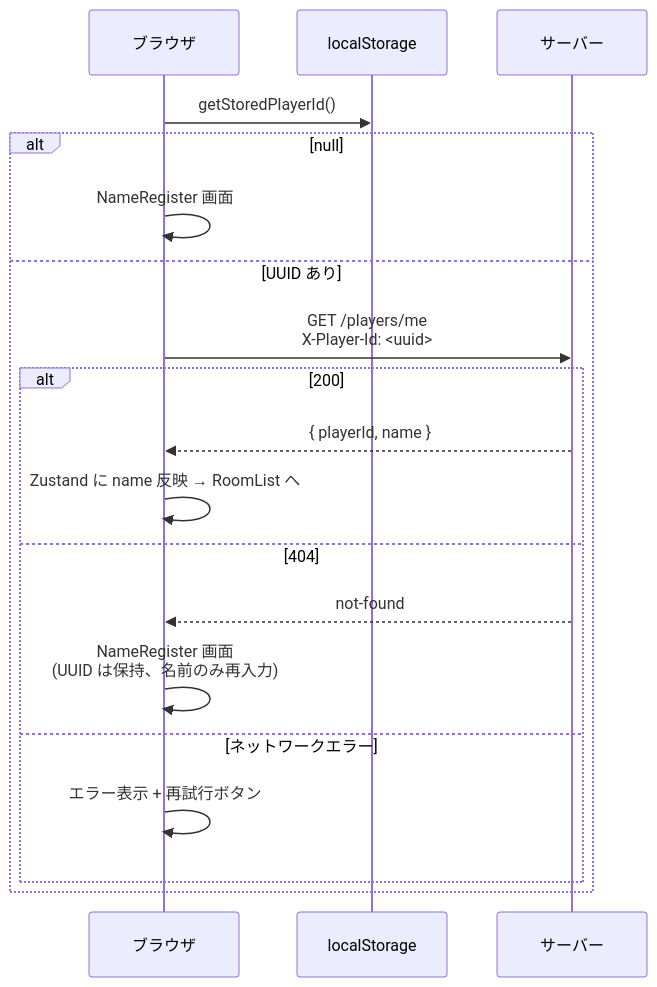
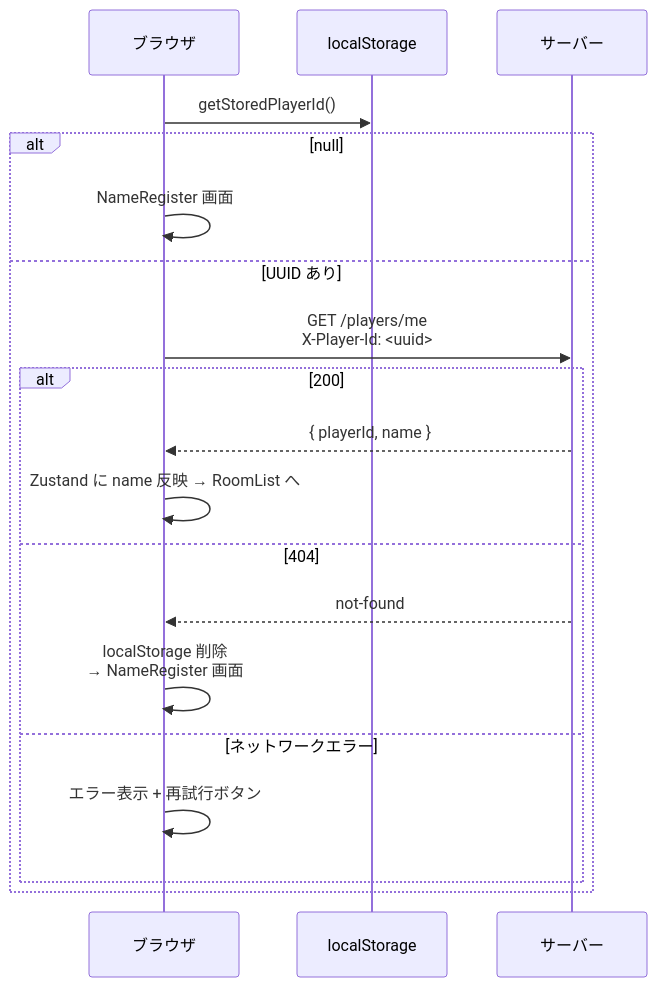
One commit to calm1205/bluff-auction changed the third of 4 diagrams in docs/design/06_authentication.md. Above: the diagram before and after it, drawn with Mermaid. The commit also changed other lines of this file, not shown here.

````diff
--- a/docs/design/06_authentication.md
+++ b/docs/design/06_authentication.md
@@ -116,22 +121,22 @@
 ```mermaid
 sequenceDiagram
     participant B as ブラウザ
     participant LS as localStorage
     participant S as サーバー
 
     B->>LS: getStoredPlayerId()
     alt null
         B->>B: NameRegister 画面
     else UUID あり
         B->>S: GET /players/me<br/>X-Player-Id: <uuid>
         alt 200
             S-->>B: { playerId, name }
             B->>B: Zustand に name 反映 → RoomList へ
         else 404
             S-->>B: not-found
-            B->>B: NameRegister 画面<br/>(UUID は保持、名前のみ再入力)
+            B->>B: localStorage 削除<br/>→ NameRegister 画面
         else ネットワークエラー
             B->>B: エラー表示 + 再試行ボタン
         end
     end
 ```
````
